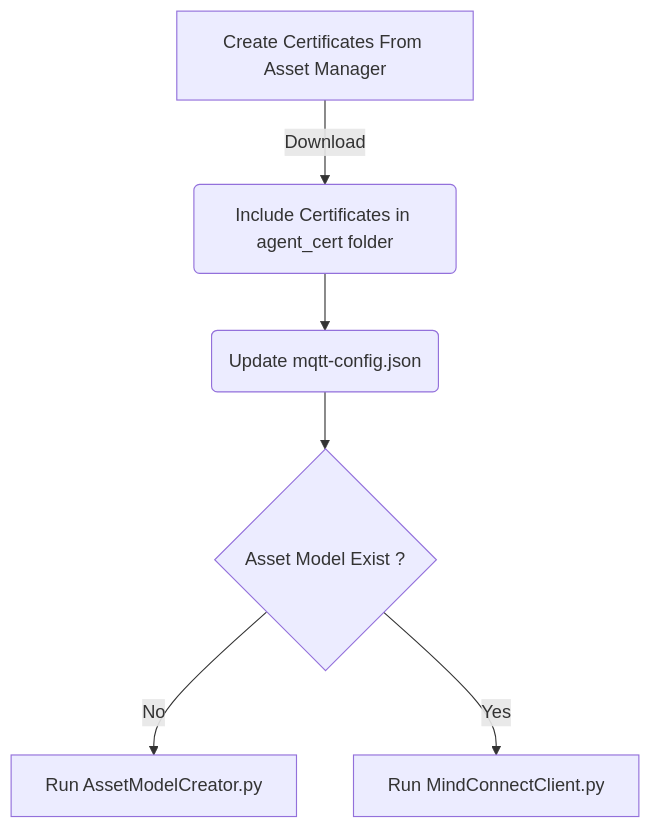
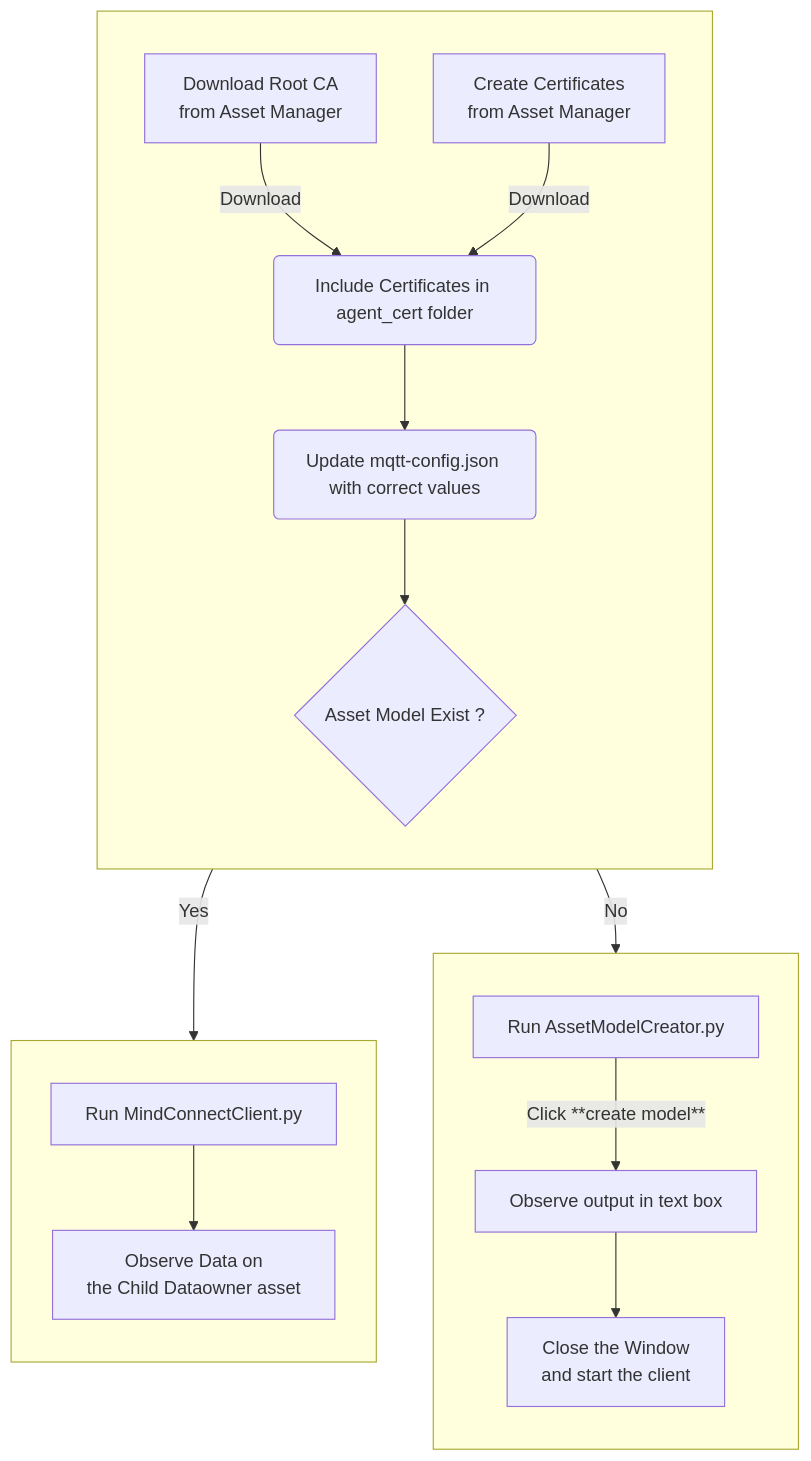
The diagram in README.md (mindsphere/mindconnect-mqtt), drawn with Mermaid before and after one commit. The commit also changed other lines of this file and 1 other file, not shown here.

````diff
--- a/README.md
+++ b/README.md
@@ -16,9 +16,23 @@
 ```mermaid
 flowchart TD
-    A[Create Certificates From Asset Manager] -->|Download| B(Include Certificates in agent_cert folder)
-    B --> C(Update mqtt-config.json)
+    subgraph Z[" "]
+    direction TB
+    J[Download Root CA \nfrom Asset Manager] -->|Download|B
+    A[Create Certificates \nfrom Asset Manager] -->|Download| B(Include Certificates in agent_cert folder)
+    B --> C(Update mqtt-config.json with correct values)
     C--> D{Asset Model Exist ?}
+    end
+    subgraph X[" "]
+    direction TB
     D -->|No| E[Run AssetModelCreator.py]
+    E -->|Click **create model**| G[Observe output in text box]
+    G --> H[Close the Window \n and start the client]
+    
+    end
+    subgraph Y[" "]
+    direction TB
     D -->|Yes| F[Run MindConnectClient.py]
+    F --> I[Observe Data on \nthe Child Dataowner asset]
+    end
     
 ```
````
